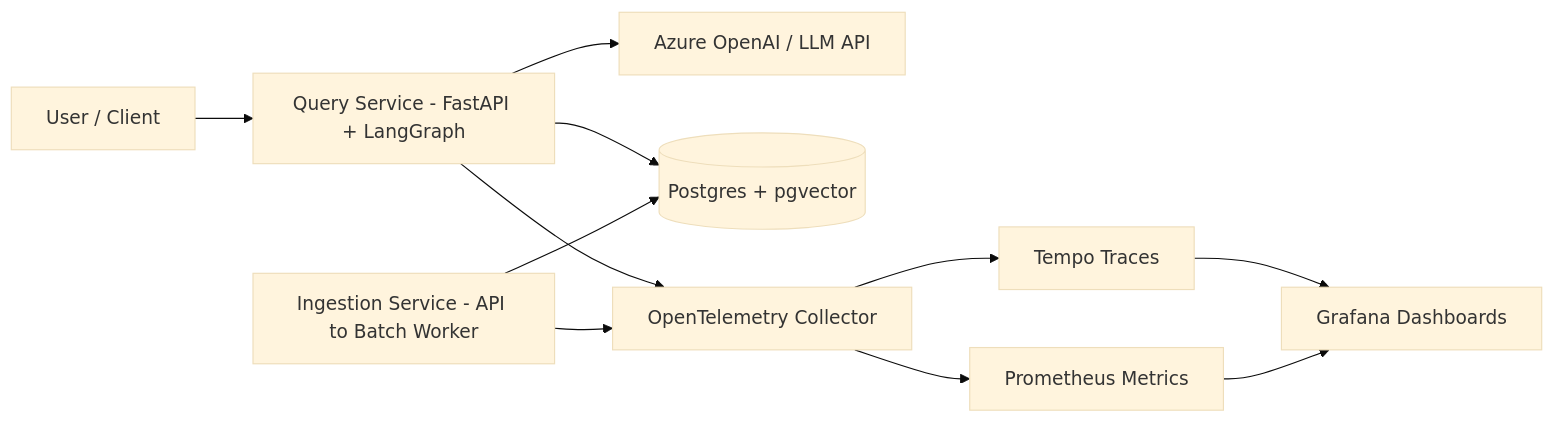
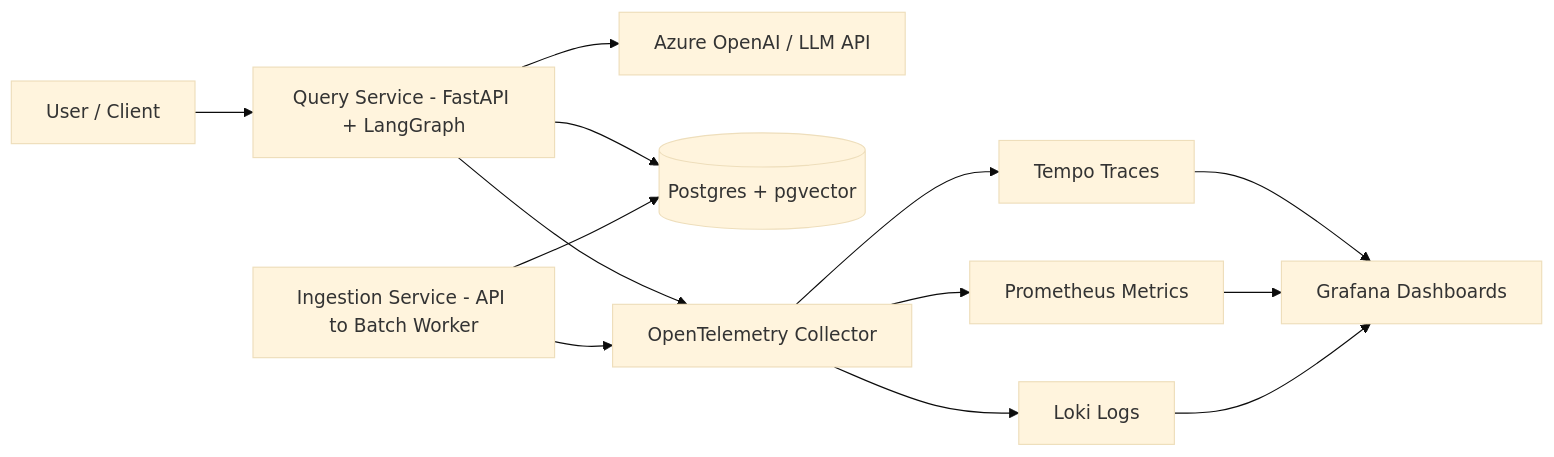
Before and after one commit to jsandino/production-rag-system: the diagram in README.md, drawn with Mermaid (base theme). The commit also changed other lines of this file, not shown here.

First line of the commit message:
docs(otel): mark Phase 4 done, Phase 5 in progress, add Loki to architecture

````diff
--- a/README.md
+++ b/README.md
@@ -104,30 +109,32 @@
 ```mermaid
 flowchart LR
 
 User[User / Client]
 
 QueryService[Query Service - FastAPI + LangGraph]
 IngestService[Ingestion Service - API to Batch Worker]
 
 LLM[Azure OpenAI / LLM API]
 Postgres[(Postgres + pgvector)]
 
 OTEL[OpenTelemetry Collector]
 Tempo[Tempo Traces]
 Prometheus[Prometheus Metrics]
+Loki[Loki Logs]
 Grafana[Grafana Dashboards]
 
 User --> QueryService
 QueryService --> Postgres
 IngestService --> Postgres
 QueryService --> LLM
 
-
 QueryService --> OTEL
 IngestService --> OTEL
 
 OTEL --> Tempo
 OTEL --> Prometheus
+OTEL --> Loki
 Tempo --> Grafana
 Prometheus --> Grafana
+Loki --> Grafana
 ```
````
